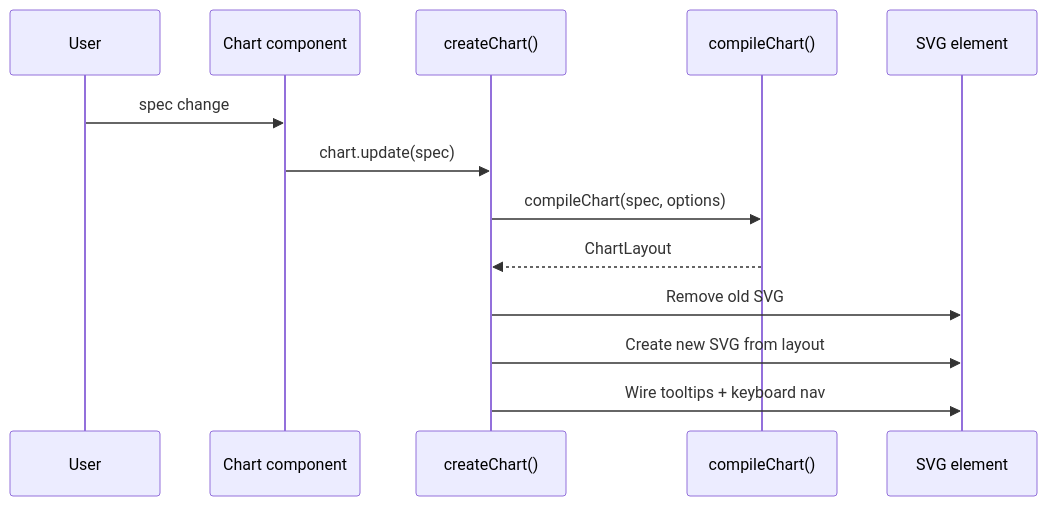
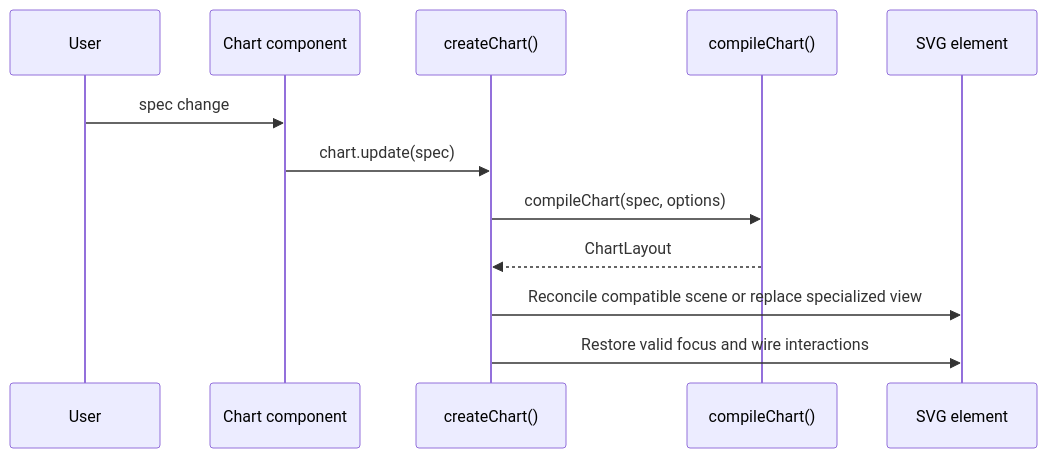
One commit to tryopendata/openchart changed the third of 3 diagrams in docs/architecture.md. Above: the diagram before and after it, drawn with Mermaid. The commit also changed other lines of this file and 86 other files, not shown here.

````diff
--- a/docs/architecture.md
+++ b/docs/architecture.md
@@ -209,16 +215,15 @@
 ```mermaid
 sequenceDiagram
   participant User
   participant React as Chart component
   participant Vanilla as createChart()
   participant Engine as compileChart()
   participant DOM as SVG element
 
   User->>React: spec change
   React->>Vanilla: chart.update(spec)
   Vanilla->>Engine: compileChart(spec, options)
   Engine-->>Vanilla: ChartLayout
-  Vanilla->>DOM: Remove old SVG
-  Vanilla->>DOM: Create new SVG from layout
-  Vanilla->>DOM: Wire tooltips + keyboard nav
+  Vanilla->>DOM: Reconcile compatible scene or replace specialized view
+  Vanilla->>DOM: Restore valid focus and wire interactions
 ```
````
